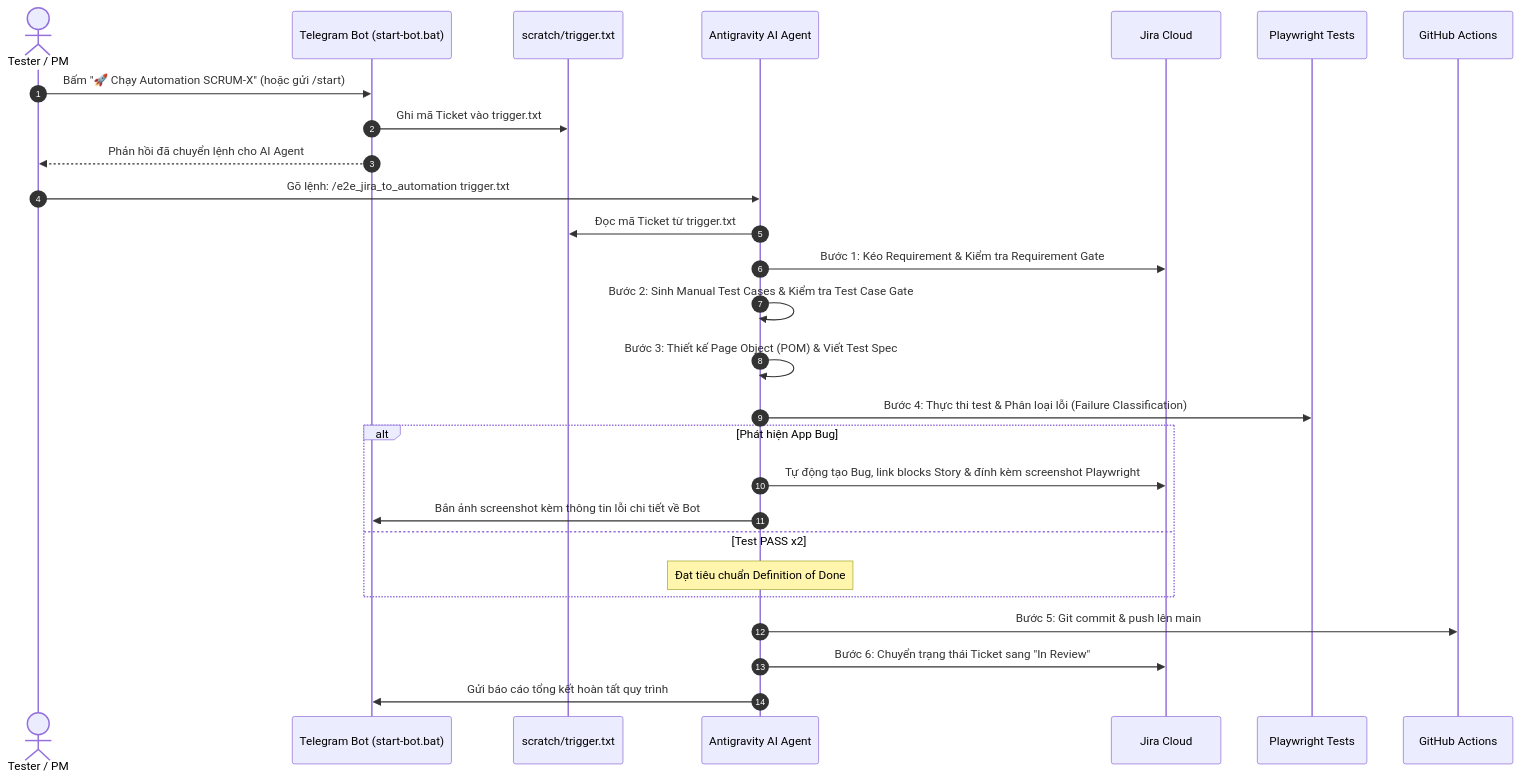
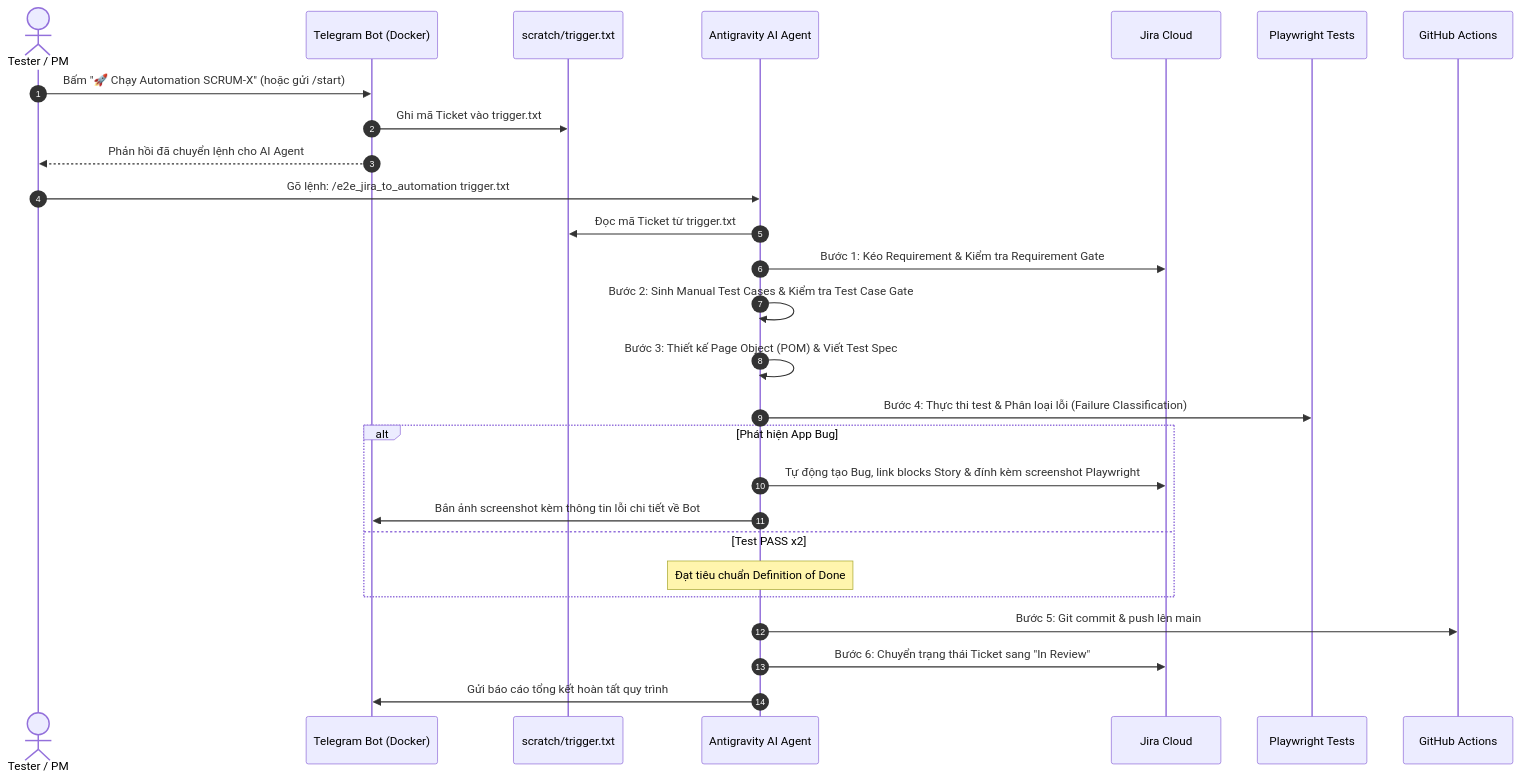
One commit to Khoi67/ai-automation-test changed the diagram in README.md. Above: the diagram before and after it, drawn with Mermaid. The commit also changed other lines of this file and 18 other files, not shown here.

````diff
--- a/README.md
+++ b/README.md
@@ -202,30 +202,30 @@
 ```mermaid
 sequenceDiagram
     autonumber
     actor User as Tester / PM
-    participant TG as Telegram Bot (start-bot.bat)
+    participant TG as Telegram Bot (Docker)
     participant TF as scratch/trigger.txt
     participant IDE as Antigravity AI Agent
     participant Jira as Jira Cloud
     participant PW as Playwright Tests
     participant Git as GitHub Actions
 
     User->>TG: Bấm "🚀 Chạy Automation SCRUM-X" (hoặc gửi /start)
     TG->>TF: Ghi mã Ticket vào trigger.txt
     TG-->>User: Phản hồi đã chuyển lệnh cho AI Agent
     User->>IDE: Gõ lệnh: /e2e_jira_to_automation trigger.txt
     IDE->>TF: Đọc mã Ticket từ trigger.txt
     IDE->>Jira: Bước 1: Kéo Requirement & Kiểm tra Requirement Gate
     IDE->>IDE: Bước 2: Sinh Manual Test Cases & Kiểm tra Test Case Gate
     IDE->>IDE: Bước 3: Thiết kế Page Object (POM) & Viết Test Spec
     IDE->>PW: Bước 4: Thực thi test & Phân loại lỗi (Failure Classification)
     alt Phát hiện App Bug
         IDE->>Jira: Tự động tạo Bug, link blocks Story & đính kèm screenshot Playwright
         IDE->>TG: Bắn ảnh screenshot kèm thông tin lỗi chi tiết về Bot
     else Test PASS x2
         Note over IDE: Đạt tiêu chuẩn Definition of Done
     end
     IDE->>Git: Bước 5: Git commit & push lên main
     IDE->>Jira: Bước 6: Chuyển trạng thái Ticket sang "In Review"
     IDE->>TG: Gửi báo cáo tổng kết hoàn tất quy trình
 ```
````
